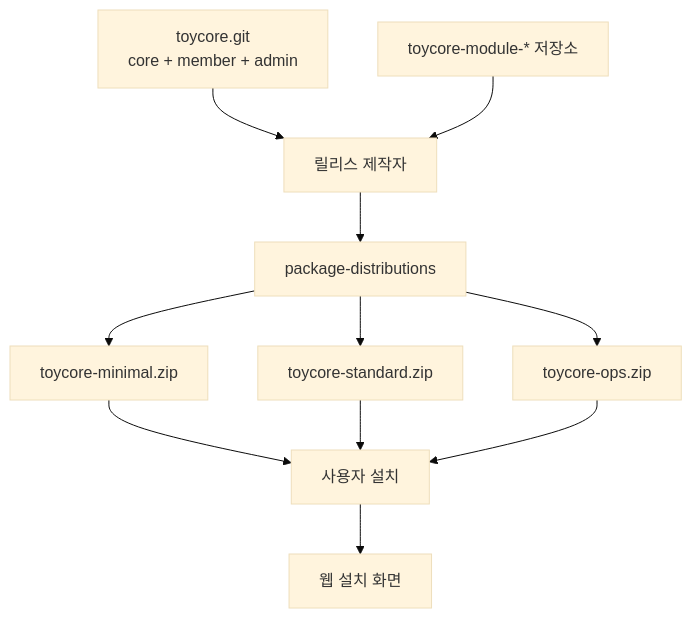
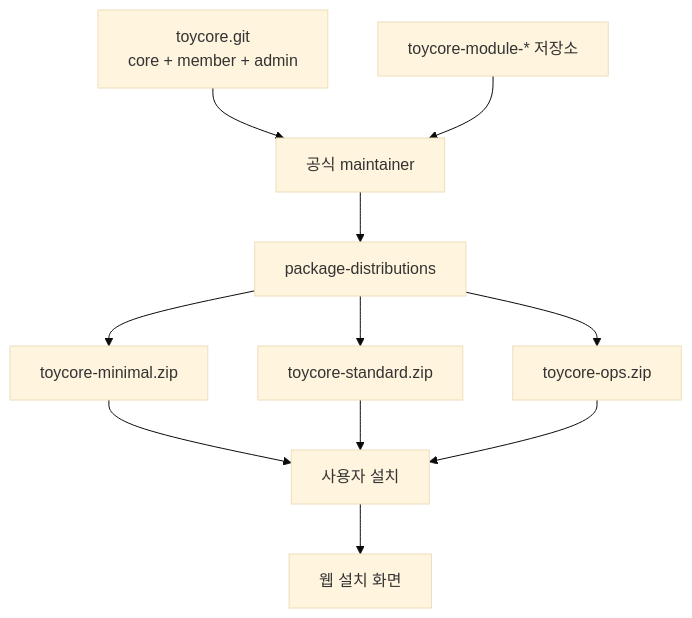
Before and after one commit to whitedot/saanraan: the diagram in docs/deployment-examples.md, drawn with Mermaid (base theme). The commit also changed other lines of this file and 13 other files, not shown here.

````diff
--- a/docs/deployment-examples.md
+++ b/docs/deployment-examples.md
@@ -67,13 +68,13 @@
 ```mermaid
 flowchart TD
-    core["toycore.git<br/>core + member + admin"] --> maker["릴리스 제작자"]
+    core["toycore.git<br/>core + member + admin"] --> maker["공식 maintainer"]
     modules["toycore-module-* 저장소"] --> maker
     maker --> package["package-distributions"]
     package --> minimal["toycore-minimal.zip"]
     package --> standard["toycore-standard.zip"]
     package --> ops["toycore-ops.zip"]
     minimal --> user["사용자 설치"]
     standard --> user
     ops --> user
     user --> install["웹 설치 화면"]
 ```
````
